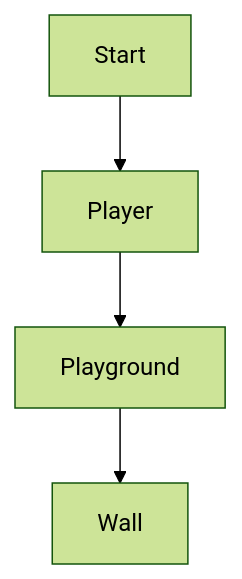
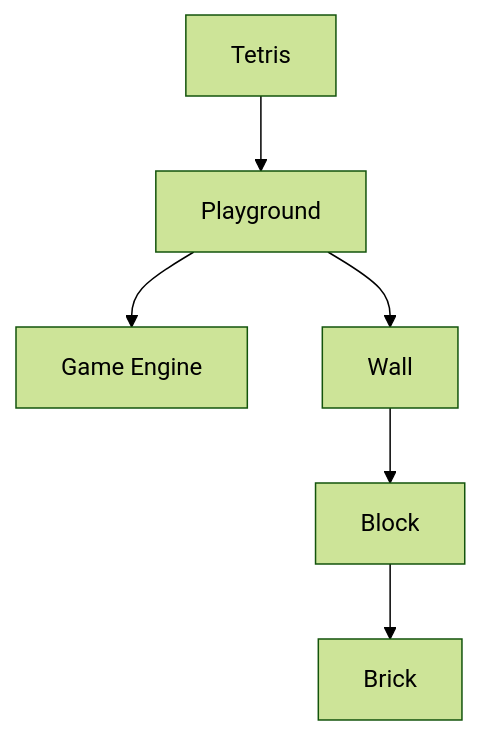
One commit to pertan4711/reactris changed the diagram in README.md. Above: the diagram before and after it, drawn with Mermaid (forest theme). The commit also changed other lines of this file, not shown here.

````diff
--- a/README.md
+++ b/README.md
@@ -82,6 +56,8 @@
 ```mermaid
 flowchart TD;
-    A[Start] --> B[Player];
-    B --> C[Playground];
+    A[Tetris] --> C[Playground];
+    C --> G[Game Engine];
     C --> D[Wall];
+    D --> E[Block];
+    E --> F[Brick];
 ```
````
